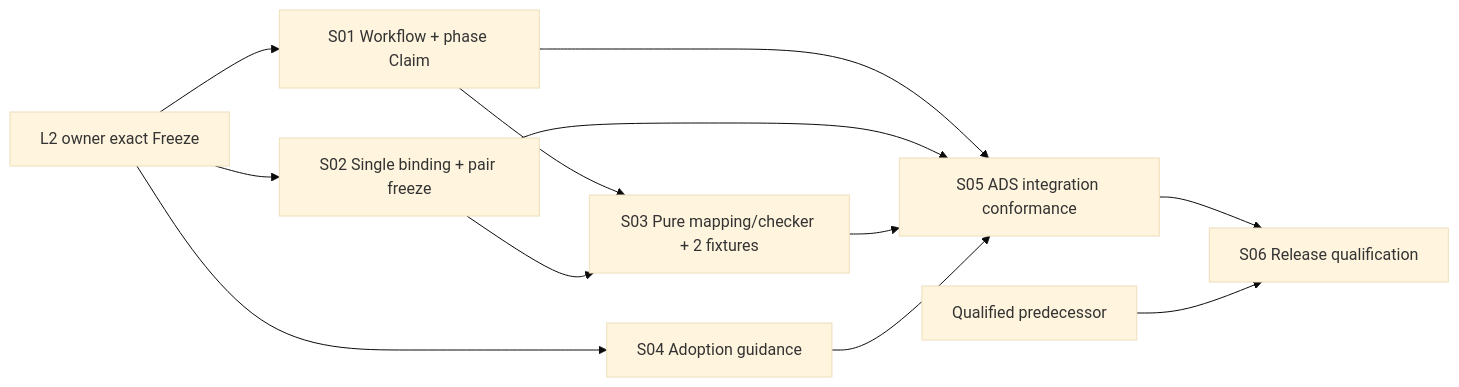
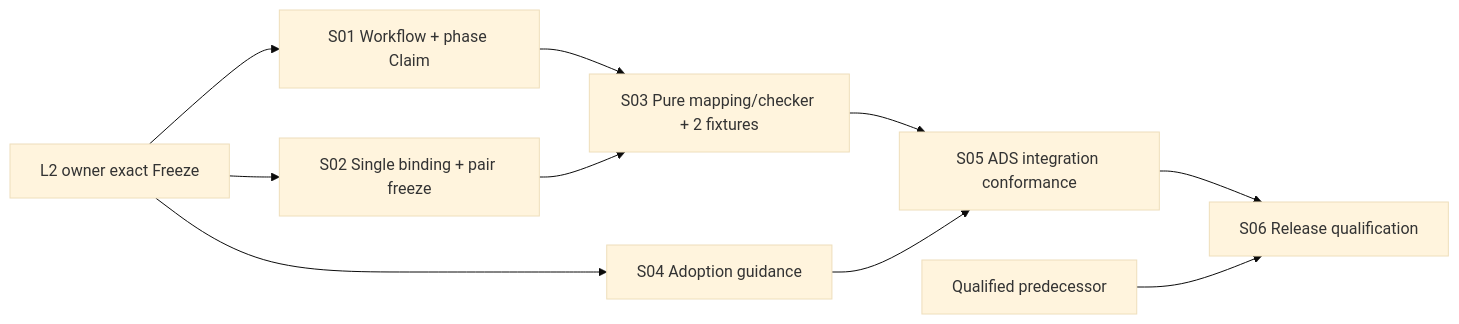
Before and after one commit to kaicreator-mm/ai-development-standard: the diagram in references/v4.12/V412_ADS_CORE_IMPLEMENTATION_DAG_DRAFT_R1.md, drawn with Mermaid (base theme). The commit also changed other lines of this file, not shown here.

Commit message:
docs(v4.12): remove transitive DAG edges and disallow S02/S04 template collision

````diff
--- a/references/v4.12/V412_ADS_CORE_IMPLEMENTATION_DAG_DRAFT_R1.md
+++ b/references/v4.12/V412_ADS_CORE_IMPLEMENTATION_DAG_DRAFT_R1.md
@@ -21,14 +21,12 @@
 ```mermaid
 flowchart LR
   L2[L2 owner exact Freeze] --> S01[S01 Workflow + phase Claim]
   L2 --> S02[S02 Single binding + pair freeze]
   L2 --> S04[S04 Adoption guidance]
   S01 --> S03[S03 Pure mapping/checker + 2 fixtures]
   S02 --> S03
-  S01 --> S05[S05 ADS integration conformance]
-  S02 --> S05
-  S03 --> S05
+  S03 --> S05[S05 ADS integration conformance]
   S04 --> S05
   S05 --> S06[S06 Release qualification]
   BASE[Qualified predecessor] --> S06
 ```
````
